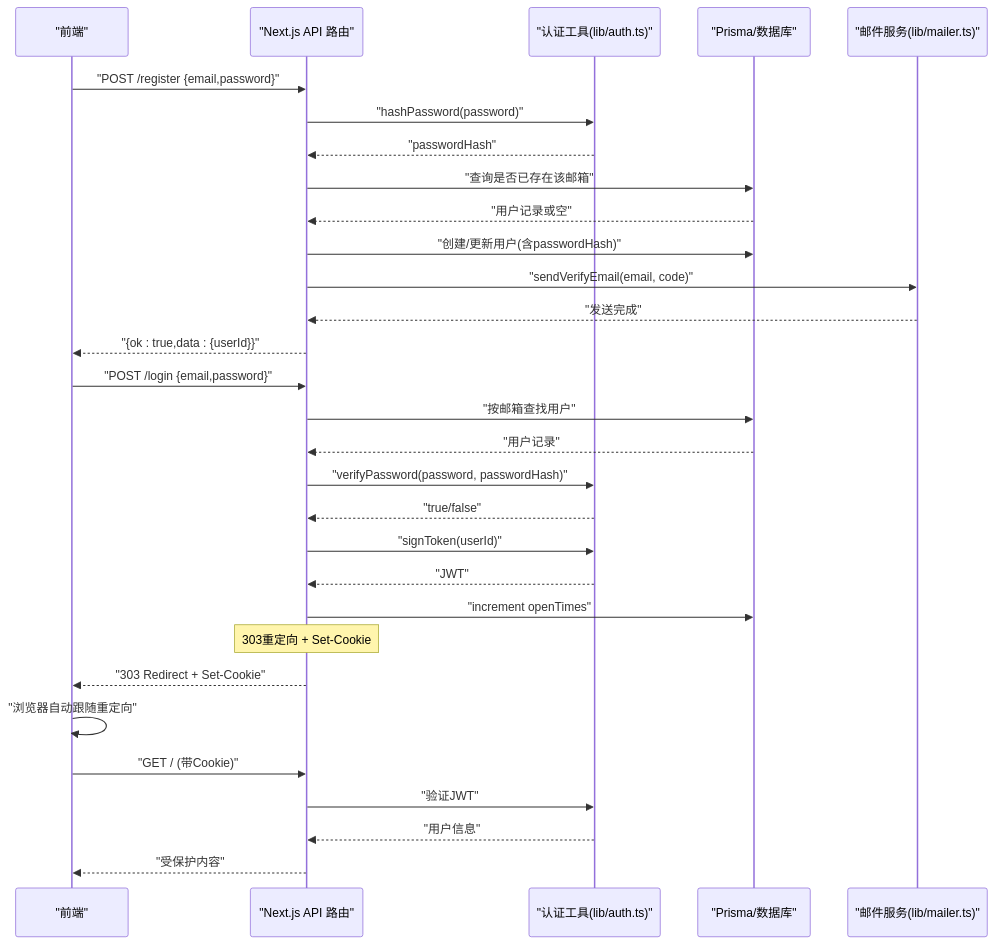
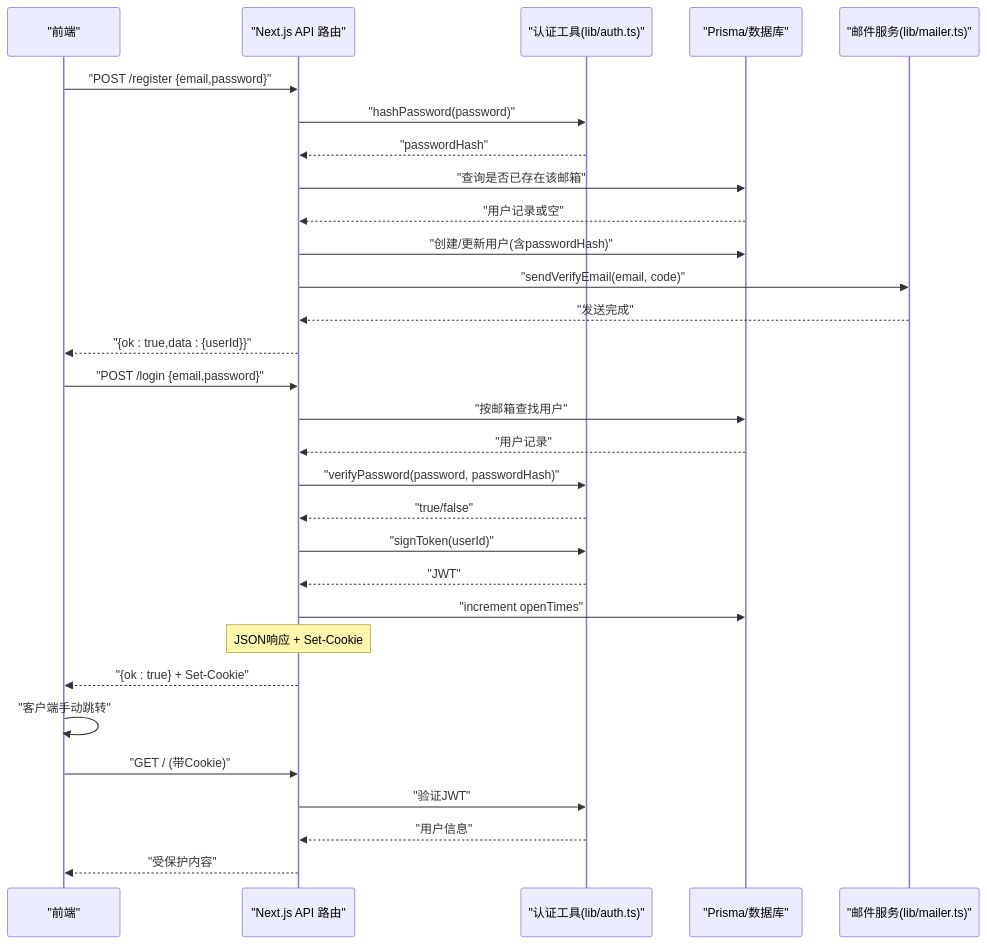
One commit to kangkang919/xinya changed the second of 10 diagrams in .qoder/repowiki/zh/content/用户认证系统/密码认证.md. Above: the diagram before and after it, drawn with Mermaid. The commit also changed other lines of this file and 35 other files, not shown here.

````diff
--- a/.qoder/repowiki/zh/content/用户认证系统/密码认证.md
+++ b/.qoder/repowiki/zh/content/用户认证系统/密码认证.md
@@ -151,32 +152,32 @@
 ```mermaid
 sequenceDiagram
 participant FE as "前端"
 participant API as "Next.js API 路由"
 participant AUTH as "认证工具(lib/auth.ts)"
 participant DB as "Prisma/数据库"
 participant MAIL as "邮件服务(lib/mailer.ts)"
 FE->>API : "POST /register {email,password}"
 API->>AUTH : "hashPassword(password)"
 AUTH-->>API : "passwordHash"
 API->>DB : "查询是否已存在该邮箱"
 DB-->>API : "用户记录或空"
 API->>DB : "创建/更新用户(含passwordHash)"
 API->>MAIL : "sendVerifyEmail(email, code)"
 MAIL-->>API : "发送完成"
 API-->>FE : "{ok : true,data : {userId}}"
 FE->>API : "POST /login {email,password}"
 API->>DB : "按邮箱查找用户"
 DB-->>API : "用户记录"
 API->>AUTH : "verifyPassword(password, passwordHash)"
 AUTH-->>API : "true/false"
 API->>AUTH : "signToken(userId)"
 AUTH-->>API : "JWT"
 API->>DB : "increment openTimes"
-Note over API : 303重定向 + Set-Cookie
-API-->>FE : "303 Redirect + Set-Cookie"
-FE->>FE : "浏览器自动跟随重定向"
+Note over API : JSON响应 + Set-Cookie
+API-->>FE : "{ok : true} + Set-Cookie"
+FE->>FE : "客户端手动跳转"
 FE->>API : "GET / (带Cookie)"
 API->>AUTH : "验证JWT"
 AUTH-->>API : "用户信息"
 API-->>FE : "受保护内容"
 ```
````
